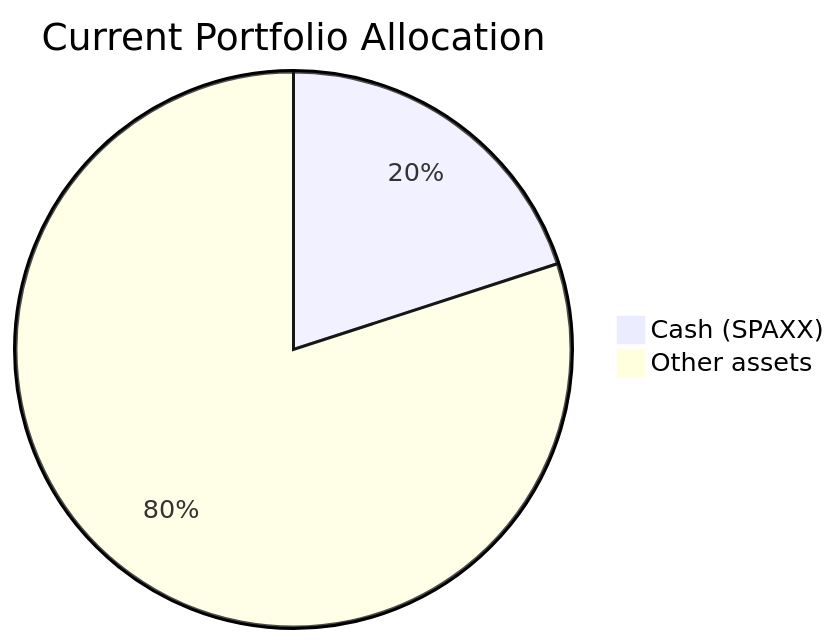
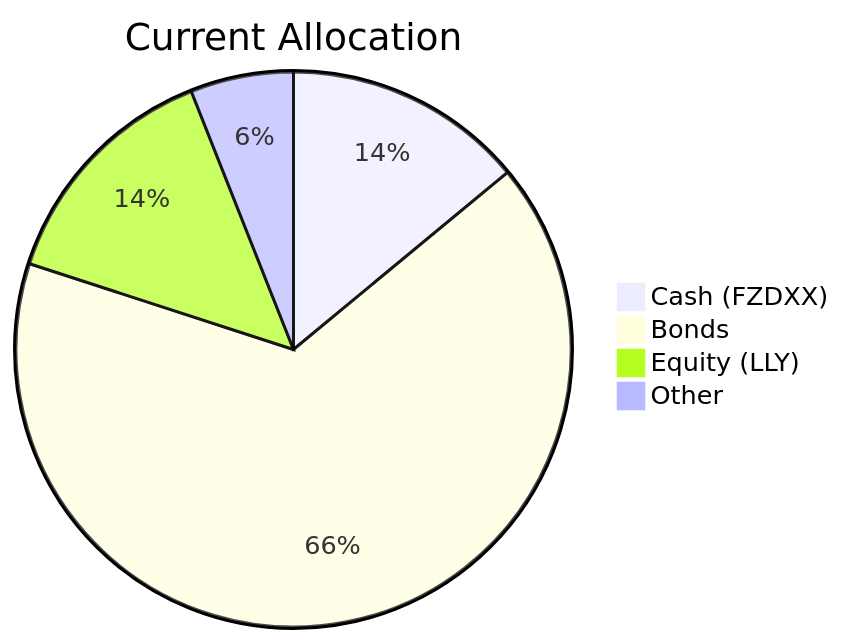
Before and after one commit to roger249/Bot-collaboration: diagram 13 of 20 in docs/sample outputs/product_investor_matching-deepseek-v4-flash.md, drawn with Mermaid. The commit also changed other lines of this file and 20 other files, not shown here.

````diff
--- a/docs/sample outputs/product_investor_matching-deepseek-v4-flash.md
+++ b/docs/sample outputs/product_investor_matching-deepseek-v4-flash.md
@@ -323,5 +278,7 @@
 ```mermaid
-pie title Current Portfolio Allocation
-    "Cash (SPAXX)" : 20
-    "Other assets" : 80
+pie title Current Allocation
+    "Cash (FZDXX)" : 14.0
+    "Bonds" : 66.0
+    "Equity (LLY)" : 14.0
+    "Other" : 6.0
 ```
````
